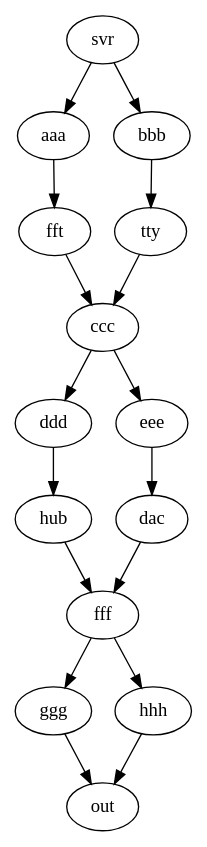
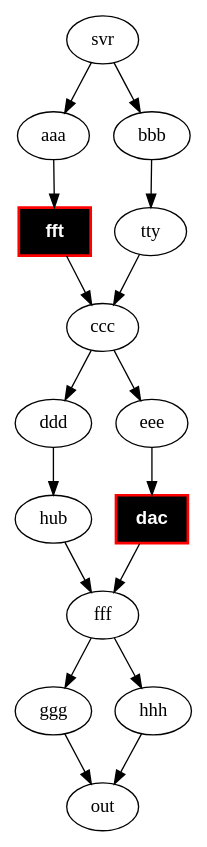
Before and after one commit to seifertd/AdventOfCode: the diagram in 2025/11/sample2.dot, drawn with Graphviz. The commit also changed 1 other file, not shown here.

```diff
--- a/2025/11/sample2.dot
+++ b/2025/11/sample2.dot
@@ -1,15 +1,33 @@
 digraph {
+fft [
+  shape=box,
+  style="filled,bold"
+  fillcolor="black",
+  color="red",
+  fontcolor="white",
+  penwidth=2,
+  fontname="Helvetica-Bold"
+]
+dac [
+  shape=box,
+  style="filled,bold"
+  fillcolor="black",
+  color="red",
+  fontcolor="white",
+  penwidth=2,
+  fontname="Helvetica-Bold"
+]
 svr ->  {aaa bbb};
 aaa ->  fft;
 fft ->  ccc;
 bbb ->  tty;
 tty ->  ccc;
 ccc ->  {ddd eee};
 ddd ->  hub;
 hub ->  fff;
 eee ->  dac;
 dac ->  fff;
 fff ->  {ggg hhh};
 ggg ->  out;
 hhh ->  out;
 }
```
